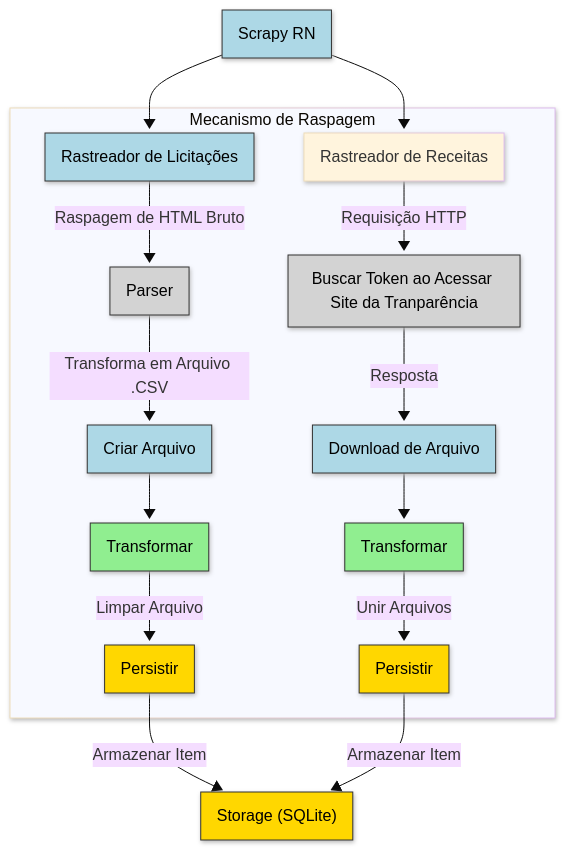
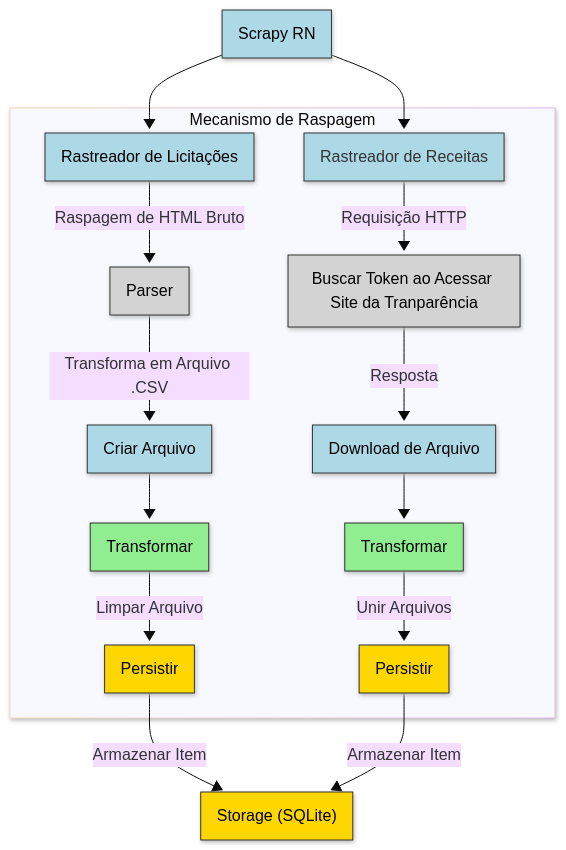
One commit to anunciado/INF0233-ScrapyRN changed the diagram in README.md. Above: the diagram before and after it, drawn with Mermaid (base theme). The commit also changed other lines of this file, not shown here.

Commit message:
feat: melhorando README.md

````diff
--- a/README.md
+++ b/README.md
@@ -52,65 +52,66 @@
 ```mermaid
 ---
 config:
   layout: dagre
   look: neo
 ---
 flowchart TB
  subgraph subGraph1["Mecanismo de Raspagem"]
         Spider["Rastreador de Licitações"]
         Middleware["Download de Arquivo"]
         Parser["Parser"]
         n2@{ label: "<span style=\"background-color:\">Rastreador de Receitas</span>" }
         ExternalSite["Buscar Token ao Acessar Site da Tranparência"]
         n3["Transformar"]
         n4["Persistir"]
         Validate["Transformar"]
         PersistStage["Persistir"]
         n6["Criar Arquivo"]
   end
     Scheduler["Scrapy RN"] -- <br> --> Spider
     ExternalSite -- Resposta --> Middleware
     Middleware -- <br> --> n3
     Spider -- Raspagem de HTML Bruto --> Parser
     PersistStage -- Armazenar Item --> Storage["Storage (SQLite)"]
     Validate -- "<span style=color:>Limpar Arquivo</span>" --> PersistStage
     Scheduler --> n2
     n2 -- "<span style=color:>Requisição HTTP</span>" --> ExternalSite
     n3 -- "<span style=color:>Unir Arquivos</span>" --> n4
     n4 -- "<span style=color:>Armazenar Item</span>" --> Storage
     Parser -- "<span style=color:>Transforma em Arquivo .CSV</span>" --> n6
     n6 -- <br> --> Validate
     n2@{ shape: rect}
     n3@{ shape: rect}
     n4@{ shape: rect}
     n6@{ shape: rect}
      Spider:::network
      Middleware:::network
      Parser:::processing
      Parser:::external
+     n2:::network
      ExternalSite:::external
      n3:::processing
      n4:::storage
      Validate:::processing
      PersistStage:::storage
      n6:::network
      Scheduler:::network
      Storage:::storage
-    classDef network fill:#ADD8E6,stroke:#333,stroke-width:1px
     classDef processing fill:#90EE90,stroke:#333,stroke-width:1px
     classDef storage fill:#FFD700,stroke:#333,stroke-width:1px
     classDef config fill:#D8BFD8,stroke:#333,stroke-width:1px
     classDef external fill:#D3D3D3, stroke:#333, stroke-width:1px
+    classDef network fill:#ADD8E6, stroke:#333, stroke-width:1px
     style Spider color:#000000
     style Middleware color:#000000
     style Parser color:#000000
     style n2 color:#000000
     style ExternalSite color:#000000
     style n3 color:#000000
     style n4 color:#000000
     style Validate color:#000000
     style PersistStage color:#000000
     style n6 color:#000000
     style Scheduler color:#000000
     style Storage color:#000000
 ```
````
